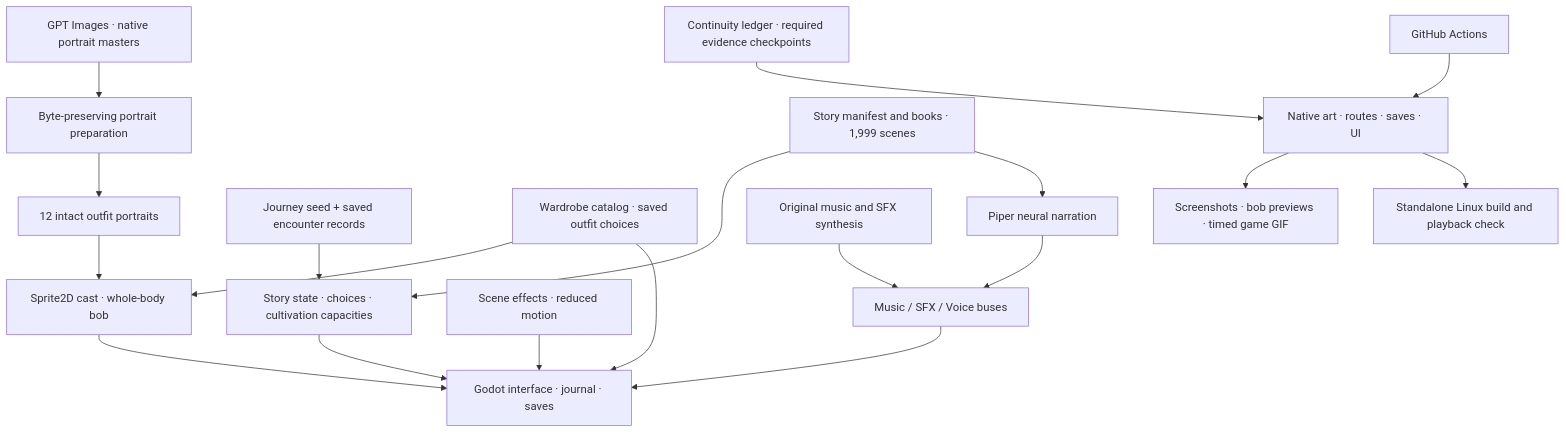
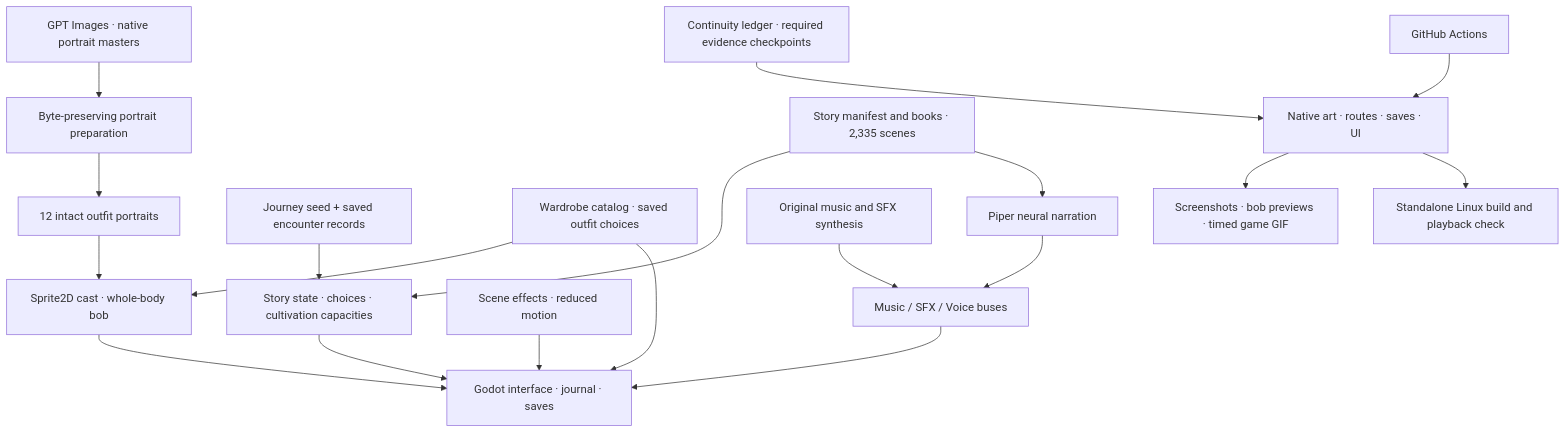
Before and after one commit to jgyy/octxian: the diagram in README.md, drawn with Mermaid. The commit also changed other lines of this file and 19 other files, not shown here.

````diff
--- a/README.md
+++ b/README.md
@@ -263,21 +283,21 @@
 ```mermaid
 flowchart TD
     GPT["GPT Images · native portrait masters"] --> Prep["Byte-preserving portrait preparation"]
     Prep --> Portraits["12 intact outfit portraits"]
     Portraits --> Cast["Sprite2D cast · whole-body bob"]
-    JSON["Story manifest and books · 1,999 scenes"] --> State["Story state · choices · cultivation capacities"]
+    JSON["Story manifest and books · 2,335 scenes"] --> State["Story state · choices · cultivation capacities"]
     Seed["Journey seed + saved encounter records"] --> State
     Canon["Continuity ledger · required evidence checkpoints"] --> Verify
     Effects["Scene effects · reduced motion"] --> UI
     State --> UI["Godot interface · journal · saves"]
     Wardrobe["Wardrobe catalog · saved outfit choices"] --> Cast
     Wardrobe --> UI
     Cast --> UI
     JSON --> Piper["Piper neural narration"]
     Synth["Original music and SFX synthesis"] --> Audio["Music / SFX / Voice buses"]
     Piper --> Audio
     Audio --> UI
     CI["GitHub Actions"] --> Verify["Native art · routes · saves · UI"]
     Verify --> Capture["Screenshots · bob previews · timed game GIF"]
     Verify --> Build["Standalone Linux build and playback check"]
 ```
````
